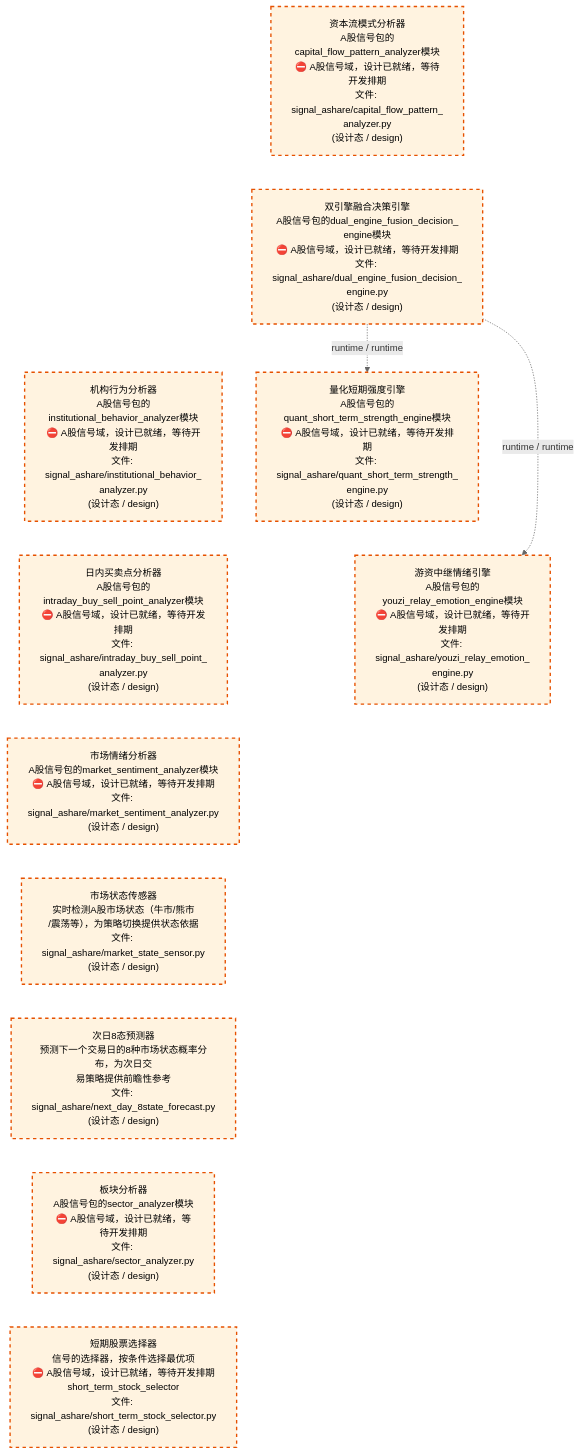
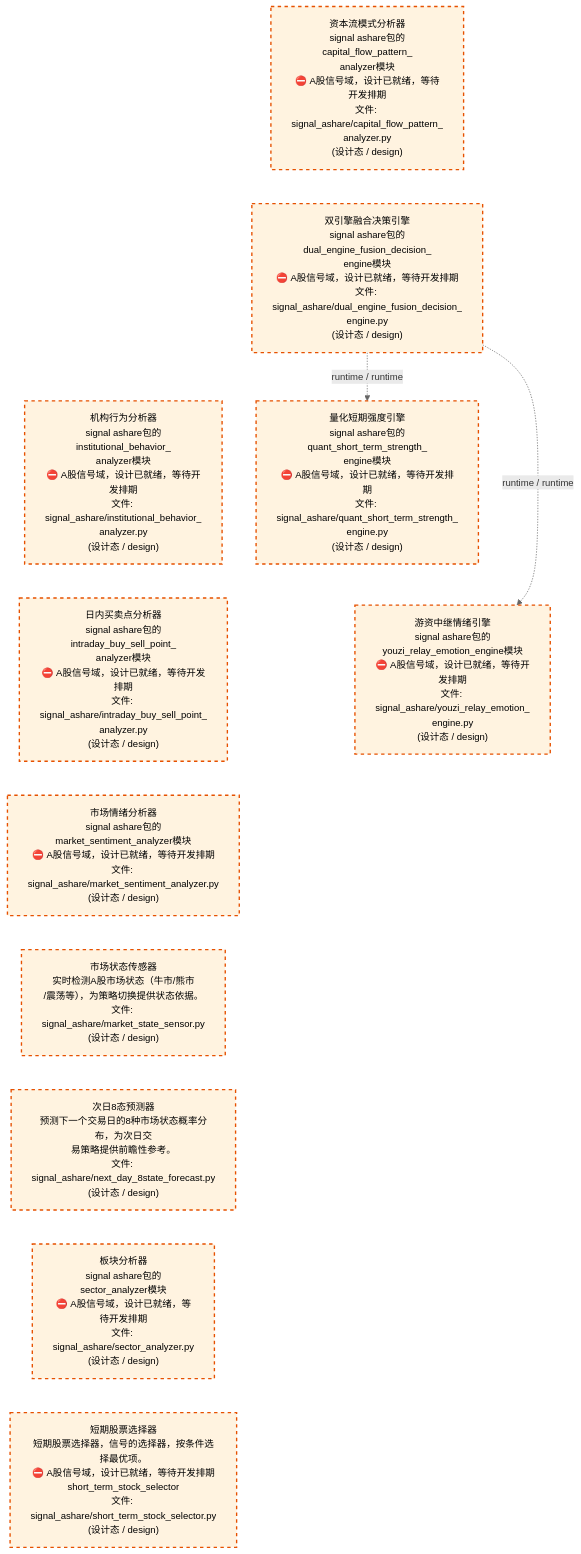
Before and after one commit to xuanFelixVan/ZephyrAlpha: the third of 4 diagrams in docs/02_enterprise_architecture/02_domain_architecture_docs/32_d_ashare_signal.md, drawn with Mermaid. The commit also changed other lines of this file and 58 other files, not shown here.

````diff
--- a/docs/02_enterprise_architecture/02_domain_architecture_docs/32_d_ashare_signal.md
+++ b/docs/02_enterprise_architecture/02_domain_architecture_docs/32_d_ashare_signal.md
@@ -134,31 +134,31 @@
 ```mermaid
 %%{init: {'theme': 'base', 'themeVariables': {'primaryColor': '#eaeaea', 'primaryTextColor': '#333333', 'primaryBorderColor': '#666666', 'lineColor': '#666666', 'secondaryColor': '#eaeaea', 'tertiaryColor': '#eaeaea', 'fontSize': '14px'}}}%%
 flowchart TD
-    src_zephyr_signal_ashare_capital_flow_pattern_analyzer_py["资本流模式分析器<br/>A股信号包的capital_flow_pattern_analyzer模块<br/>⛔ A股信号域，设计已就绪，等待开发排期<br/>文件: signal_ashare/capital_flow_pattern_<br/>analyzer.py<br/>(设计态 / design)"]
-    src_zephyr_signal_ashare_dual_engine_fusion_decision_engine_py["双引擎融合决策引擎<br/>A股信号包的dual_engine_fusion_decision_<br/>engine模块<br/>⛔ A股信号域，设计已就绪，等待开发排期<br/>文件: signal_ashare/dual_engine_fusion_decision_<br/>engine.py<br/>(设计态 / design)"]
-    src_zephyr_signal_ashare_institutional_behavior_analyzer_py["机构行为分析器<br/>A股信号包的institutional_behavior_analyzer模块<br/>⛔ A股信号域，设计已就绪，等待开发排期<br/>文件: signal_ashare/institutional_behavior_<br/>analyzer.py<br/>(设计态 / design)"]
-    src_zephyr_signal_ashare_intraday_buy_sell_point_analyzer_py["日内买卖点分析器<br/>A股信号包的intraday_buy_sell_point_analyzer模块<br/>⛔ A股信号域，设计已就绪，等待开发排期<br/>文件: signal_ashare/intraday_buy_sell_point_<br/>analyzer.py<br/>(设计态 / design)"]
-    src_zephyr_signal_ashare_market_sentiment_analyzer_py["市场情绪分析器<br/>A股信号包的market_sentiment_analyzer模块<br/>⛔ A股信号域，设计已就绪，等待开发排期<br/>文件: signal_ashare/market_sentiment_analyzer.py<br/>(设计态 / design)"]
-    src_zephyr_signal_ashare_market_state_sensor_py["市场状态传感器<br/>实时检测A股市场状态（牛市/熊市<br/>/震荡等），为策略切换提供状态依据<br/>文件: signal_ashare/market_state_sensor.py<br/>(设计态 / design)"]
-    src_zephyr_signal_ashare_next_day_8state_forecast_py["次日8态预测器<br/>预测下一个交易日的8种市场状态概率分布，为次日交<br/>易策略提供前瞻性参考<br/>文件: signal_ashare/next_day_8state_forecast.py<br/>(设计态 / design)"]
-    src_zephyr_signal_ashare_sector_analyzer_py["板块分析器<br/>A股信号包的sector_analyzer模块<br/>⛔ A股信号域，设计已就绪，等待开发排期<br/>文件: signal_ashare/sector_analyzer.py<br/>(设计态 / design)"]
-    src_zephyr_signal_ashare_short_term_stock_selector_py["短期股票选择器<br/>信号的选择器，按条件选择最优项<br/>⛔ A股信号域，设计已就绪，等待开发排期<br/>short_term_stock_selector<br/>文件: signal_ashare/short_term_stock_selector.py<br/>(设计态 / design)"]
+    src_zephyr_signal_ashare_capital_flow_pattern_analyzer_py["资本流模式分析器<br/>signal ashare包的capital_flow_pattern_<br/>analyzer模块<br/>⛔ A股信号域，设计已就绪，等待开发排期<br/>文件: signal_ashare/capital_flow_pattern_<br/>analyzer.py<br/>(设计态 / design)"]
+    src_zephyr_signal_ashare_dual_engine_fusion_decision_engine_py["双引擎融合决策引擎<br/>signal ashare包的dual_engine_fusion_decision_<br/>engine模块<br/>⛔ A股信号域，设计已就绪，等待开发排期<br/>文件: signal_ashare/dual_engine_fusion_decision_<br/>engine.py<br/>(设计态 / design)"]
+    src_zephyr_signal_ashare_institutional_behavior_analyzer_py["机构行为分析器<br/>signal ashare包的institutional_behavior_<br/>analyzer模块<br/>⛔ A股信号域，设计已就绪，等待开发排期<br/>文件: signal_ashare/institutional_behavior_<br/>analyzer.py<br/>(设计态 / design)"]
+    src_zephyr_signal_ashare_intraday_buy_sell_point_analyzer_py["日内买卖点分析器<br/>signal ashare包的intraday_buy_sell_point_<br/>analyzer模块<br/>⛔ A股信号域，设计已就绪，等待开发排期<br/>文件: signal_ashare/intraday_buy_sell_point_<br/>analyzer.py<br/>(设计态 / design)"]
+    src_zephyr_signal_ashare_market_sentiment_analyzer_py["市场情绪分析器<br/>signal ashare包的market_sentiment_analyzer模块<br/>⛔ A股信号域，设计已就绪，等待开发排期<br/>文件: signal_ashare/market_sentiment_analyzer.py<br/>(设计态 / design)"]
+    src_zephyr_signal_ashare_market_state_sensor_py["市场状态传感器<br/>实时检测A股市场状态（牛市/熊市<br/>/震荡等），为策略切换提供状态依据。<br/>文件: signal_ashare/market_state_sensor.py<br/>(设计态 / design)"]
+    src_zephyr_signal_ashare_next_day_8state_forecast_py["次日8态预测器<br/>预测下一个交易日的8种市场状态概率分布，为次日交<br/>易策略提供前瞻性参考。<br/>文件: signal_ashare/next_day_8state_forecast.py<br/>(设计态 / design)"]
+    src_zephyr_signal_ashare_sector_analyzer_py["板块分析器<br/>signal ashare包的sector_analyzer模块<br/>⛔ A股信号域，设计已就绪，等待开发排期<br/>文件: signal_ashare/sector_analyzer.py<br/>(设计态 / design)"]
+    src_zephyr_signal_ashare_short_term_stock_selector_py["短期股票选择器<br/>短期股票选择器，信号的选择器，按条件选择最优项。<br/>⛔ A股信号域，设计已就绪，等待开发排期<br/>short_term_stock_selector<br/>文件: signal_ashare/short_term_stock_selector.py<br/>(设计态 / design)"]
     src_zephyr_signal_ashare_capital_flow_pattern_analyzer_py ~~~ src_zephyr_signal_ashare_dual_engine_fusion_decision_engine_py
     src_zephyr_signal_ashare_dual_engine_fusion_decision_engine_py ~~~ src_zephyr_signal_ashare_institutional_behavior_analyzer_py
     src_zephyr_signal_ashare_institutional_behavior_analyzer_py ~~~ src_zephyr_signal_ashare_intraday_buy_sell_point_analyzer_py
     src_zephyr_signal_ashare_intraday_buy_sell_point_analyzer_py ~~~ src_zephyr_signal_ashare_market_sentiment_analyzer_py
     src_zephyr_signal_ashare_market_sentiment_analyzer_py ~~~ src_zephyr_signal_ashare_market_state_sensor_py
     src_zephyr_signal_ashare_market_state_sensor_py ~~~ src_zephyr_signal_ashare_next_day_8state_forecast_py
     src_zephyr_signal_ashare_next_day_8state_forecast_py ~~~ src_zephyr_signal_ashare_sector_analyzer_py
     src_zephyr_signal_ashare_sector_analyzer_py ~~~ src_zephyr_signal_ashare_short_term_stock_selector_py
-    src_zephyr_signal_ashare_quant_short_term_strength_engine_py["量化短期强度引擎<br/>A股信号包的quant_short_term_strength_engine模块<br/>⛔ A股信号域，设计已就绪，等待开发排期<br/>文件: signal_ashare/quant_short_term_strength_<br/>engine.py<br/>(设计态 / design)"]
-    src_zephyr_signal_ashare_youzi_relay_emotion_engine_py["游资中继情绪引擎<br/>A股信号包的youzi_relay_emotion_engine模块<br/>⛔ A股信号域，设计已就绪，等待开发排期<br/>文件: signal_ashare/youzi_relay_emotion_<br/>engine.py<br/>(设计态 / design)"]
+    src_zephyr_signal_ashare_quant_short_term_strength_engine_py["量化短期强度引擎<br/>signal ashare包的quant_short_term_strength_<br/>engine模块<br/>⛔ A股信号域，设计已就绪，等待开发排期<br/>文件: signal_ashare/quant_short_term_strength_<br/>engine.py<br/>(设计态 / design)"]
+    src_zephyr_signal_ashare_youzi_relay_emotion_engine_py["游资中继情绪引擎<br/>signal ashare包的youzi_relay_emotion_engine模块<br/>⛔ A股信号域，设计已就绪，等待开发排期<br/>文件: signal_ashare/youzi_relay_emotion_<br/>engine.py<br/>(设计态 / design)"]
     src_zephyr_signal_ashare_quant_short_term_strength_engine_py ~~~ src_zephyr_signal_ashare_youzi_relay_emotion_engine_py
     src_zephyr_signal_ashare_dual_engine_fusion_decision_engine_py -.->|runtime / runtime| src_zephyr_signal_ashare_youzi_relay_emotion_engine_py
     src_zephyr_signal_ashare_dual_engine_fusion_decision_engine_py -.->|runtime / runtime| src_zephyr_signal_ashare_quant_short_term_strength_engine_py
     classDef production fill:#e1f5fe,stroke:#01579b,stroke-width:2px,color:#000
     classDef design fill:#fff3e0,stroke:#e65100,stroke-width:2px,color:#000,stroke-dasharray: 5 5
     classDef external_prod fill:#e8f4fd,stroke:#0277bd,stroke-width:1px,color:#000
     classDef external_design fill:#fff8e7,stroke:#ef6c00,stroke-width:1px,color:#000,stroke-dasharray: 5 5
     class src_zephyr_signal_ashare_capital_flow_pattern_analyzer_py,src_zephyr_signal_ashare_dual_engine_fusion_decision_engine_py,src_zephyr_signal_ashare_institutional_behavior_analyzer_py,src_zephyr_signal_ashare_intraday_buy_sell_point_analyzer_py,src_zephyr_signal_ashare_market_sentiment_analyzer_py,src_zephyr_signal_ashare_market_state_sensor_py,src_zephyr_signal_ashare_next_day_8state_forecast_py,src_zephyr_signal_ashare_quant_short_term_strength_engine_py,src_zephyr_signal_ashare_sector_analyzer_py,src_zephyr_signal_ashare_short_term_stock_selector_py,src_zephyr_signal_ashare_youzi_relay_emotion_engine_py design
 ```
````
